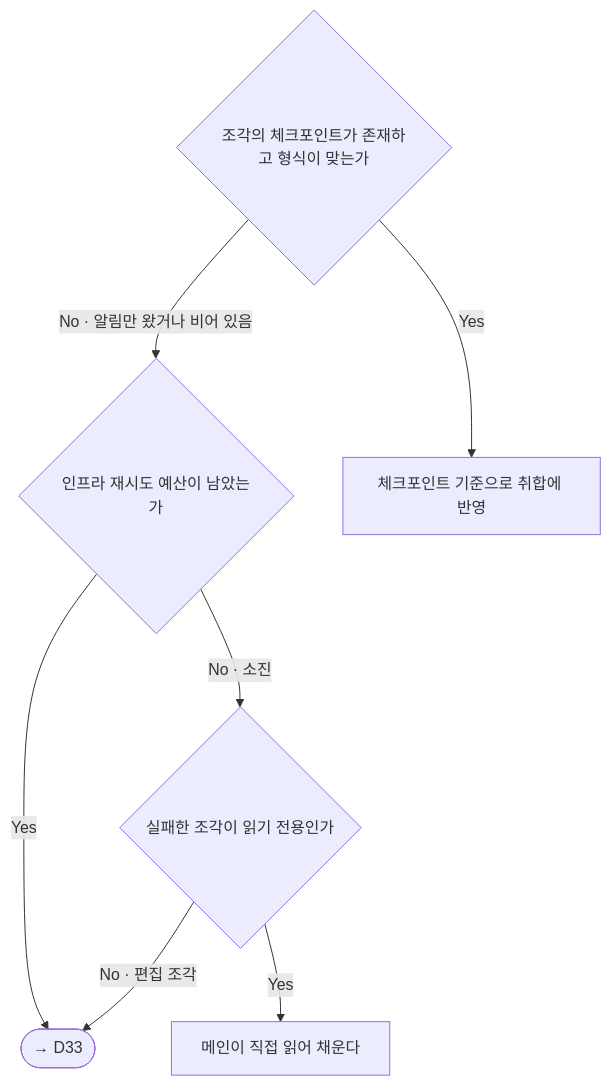
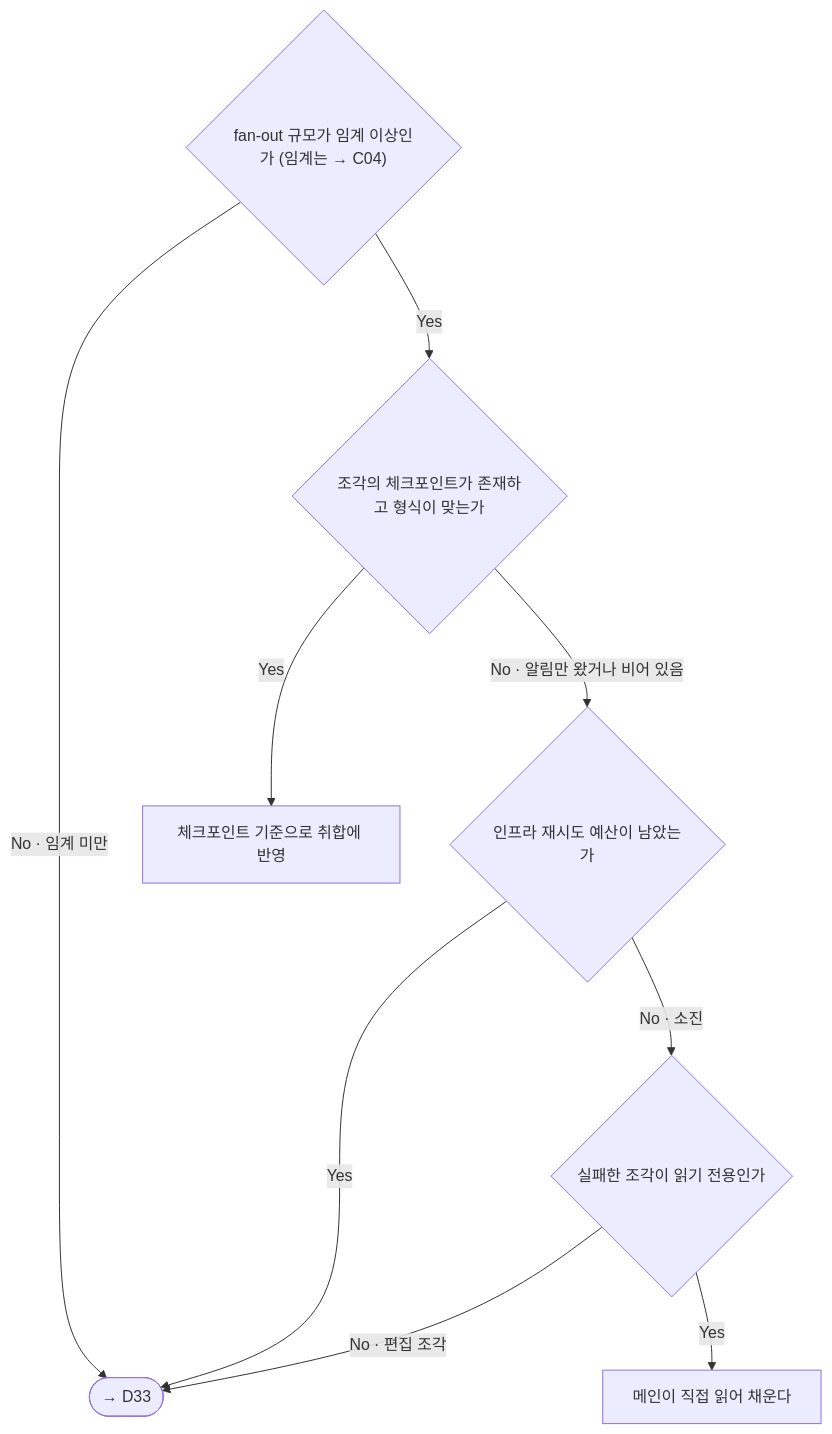
The fourth of 7 diagrams in plugins/atelier/skills/orchestrator/references/agent-monitor.md (kys0213/kys-claude-plugin), drawn with Mermaid before and after one commit. The commit also changed other lines of this file, not shown here.

Commit message:
docs(atelier): close agent-monitor graph gaps
SD11 D37 는 조사·리서치 보고만, D36 은 모든 보고 (D35 엣지·종단 계약, D36 종단 계약)
SD14 D38 첫 판정 노드를 fan-out 규모 임계로 — 임계 미만은 복원력 미적용, 실패는 → D33
SD15 C13 에 판정 근거를 항목 id 로 표기하는 항 추가

근거: T18-S1 ① · T18-S2 #8 · T18-S3 M9. 줄수는 D38 needs 공백 정리와
C13 근거 1줄화로 상한 260 안에 유지.

Claude-Session: https://claude.ai/code/session_01Vt5moNL8n8oWS3W9Kgfozc

````diff
--- a/plugins/atelier/skills/orchestrator/references/agent-monitor.md
+++ b/plugins/atelier/skills/orchestrator/references/agent-monitor.md
@@ -115,15 +114,17 @@
 ```mermaid
 flowchart TD
-  D38_q1{"조각의 체크포인트가 존재하고 형식이 맞는가"}
-  D38_q2{"인프라 재시도 예산이 남았는가"}
-  D38_q3{"실패한 조각이 읽기 전용인가"}
+  D38_q1{"fan-out 규모가 임계 이상인가 (임계는 → C04)"}
+  D38_q2{"조각의 체크포인트가 존재하고 형식이 맞는가"}
+  D38_q3{"인프라 재시도 예산이 남았는가"}
+  D38_q4{"실패한 조각이 읽기 전용인가"}
   D38_t1["체크포인트 기준으로 취합에 반영"]
   D38_t2["메인이 직접 읽어 채운다"]
-  D38_n1(["→ D33"])
-  D38_q1 -->|Yes| D38_t1
-  D38_q1 -->|No · 알림만 왔거나 비어 있음| D38_q2
-  D38_q2 -->|Yes| D38_n1
-  D38_q2 -->|No · 소진| D38_q3
-  D38_q3 -->|Yes| D38_t2
-  D38_q3 -->|No · 편집 조각| D38_n1
+  D38_q1 -->|No · 임계 미만| D38_n1(["→ D33"])
+  D38_q1 -->|Yes| D38_q2
+  D38_q2 -->|Yes| D38_t1
+  D38_q2 -->|No · 알림만 왔거나 비어 있음| D38_q3
+  D38_q3 -->|Yes| D38_n1
+  D38_q3 -->|No · 소진| D38_q4
+  D38_q4 -->|Yes| D38_t2
+  D38_q4 -->|No · 편집 조각| D38_n1
 ```
````
